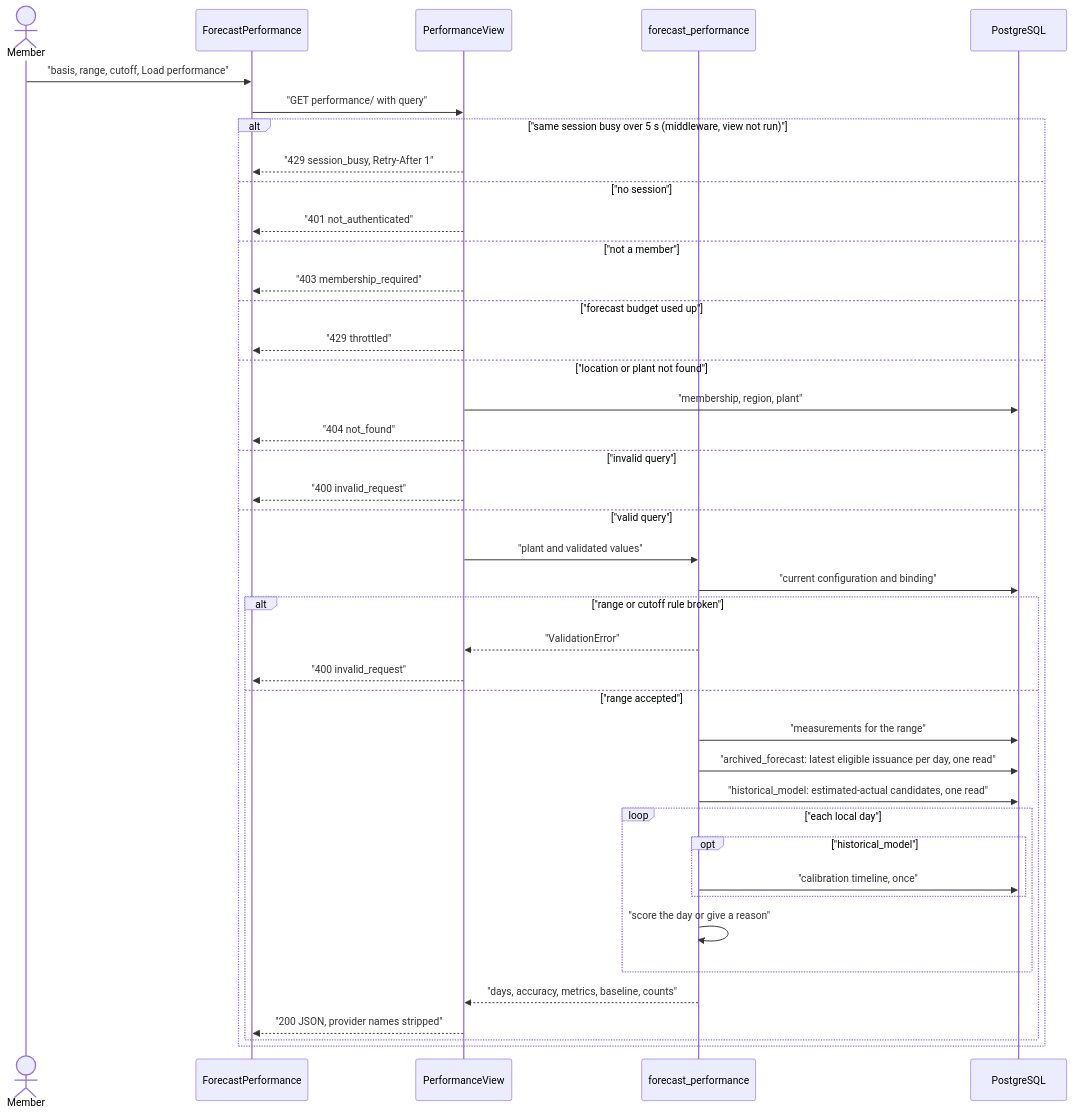
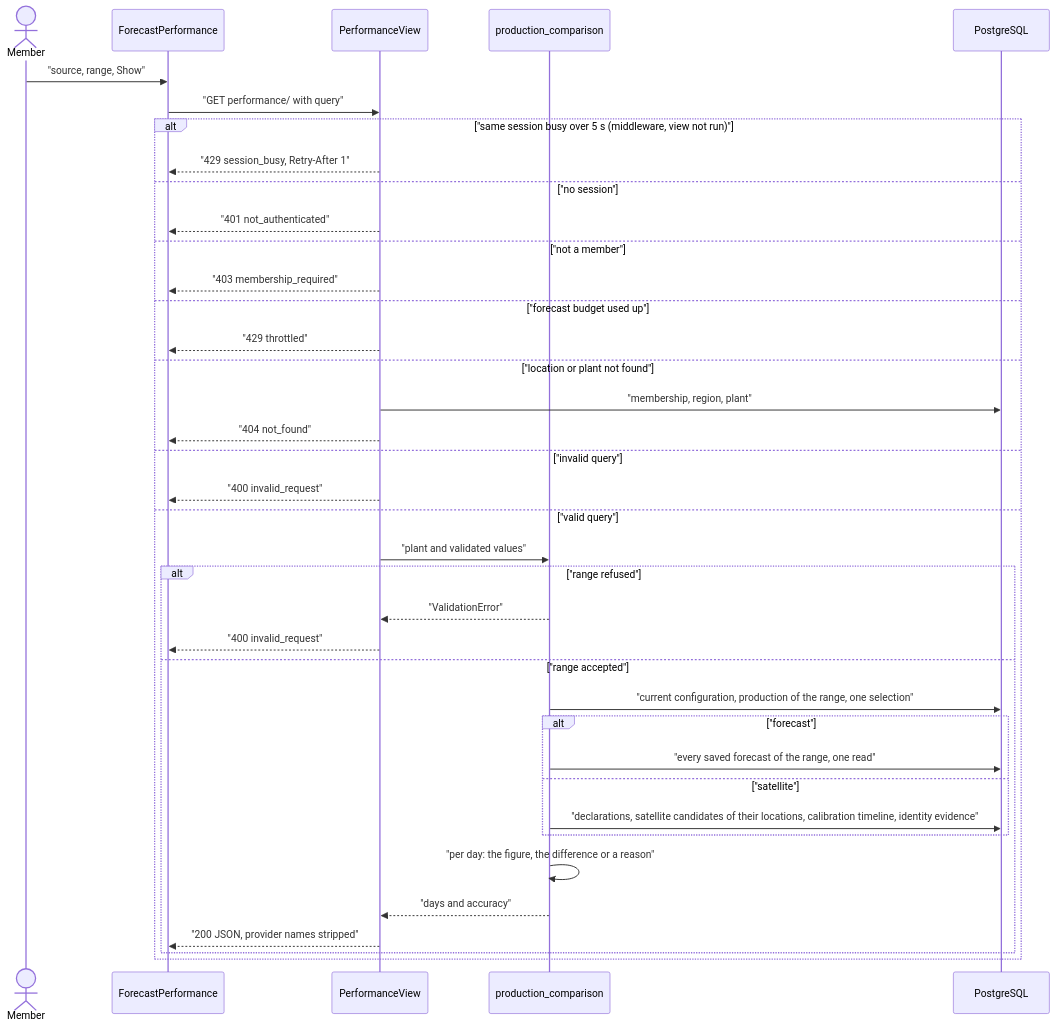
The diagram in docs/flows/forecast-performance.md (erkurtharun/pyracast), drawn with Mermaid before and after one commit. The commit also changed other lines of this file and 10 other files, not shown here.

First line of the commit message:
Bring the flow pages up to date with the comparison, the best forecast choice and the number forms (#205)

````diff
--- a/docs/flows/forecast-performance.md
+++ b/docs/flows/forecast-performance.md
@@ -12,43 +15,40 @@
 ```mermaid
 sequenceDiagram
     actor U as Member
     participant F as ForecastPerformance
     participant V as PerformanceView
-    participant O as forecast_performance
+    participant O as production_comparison
     participant DB as PostgreSQL
-    U->>F: "basis, range, cutoff, Load performance"
+    U->>F: "source, range, Show"
     F->>V: "GET performance/ with query"
     alt "same session busy over 5 s (middleware, view not run)"
         V-->>F: "429 session_busy, Retry-After 1"
     else "no session"
         V-->>F: "401 not_authenticated"
     else "not a member"
         V-->>F: "403 membership_required"
     else "forecast budget used up"
         V-->>F: "429 throttled"
     else "location or plant not found"
         V->>DB: "membership, region, plant"
         V-->>F: "404 not_found"
     else "invalid query"
         V-->>F: "400 invalid_request"
     else "valid query"
         V->>O: "plant and validated values"
-        O->>DB: "current configuration and binding"
-        alt "range or cutoff rule broken"
+        alt "range refused"
             O-->>V: "ValidationError"
             V-->>F: "400 invalid_request"
         else "range accepted"
-            O->>DB: "measurements for the range"
-            O->>DB: "archived_forecast: latest eligible issuance per day, one read"
-            O->>DB: "historical_model: estimated-actual candidates, one read"
-            loop "each local day"
-                opt "historical_model"
-                    O->>DB: "calibration timeline, once"
-                end
-                O->>O: "score the day or give a reason"
+            O->>DB: "current configuration, production of the range, one selection"
+            alt "forecast"
+                O->>DB: "every saved forecast of the range, one read"
+            else "satellite"
+                O->>DB: "declarations, satellite candidates of their locations, calibration timeline, identity evidence"
             end
-            O-->>V: "days, accuracy, metrics, baseline, counts"
+            O->>O: "per day: the figure, the difference or a reason"
+            O-->>V: "days and accuracy"
             V-->>F: "200 JSON, provider names stripped"
         end
     end
 ```
````
